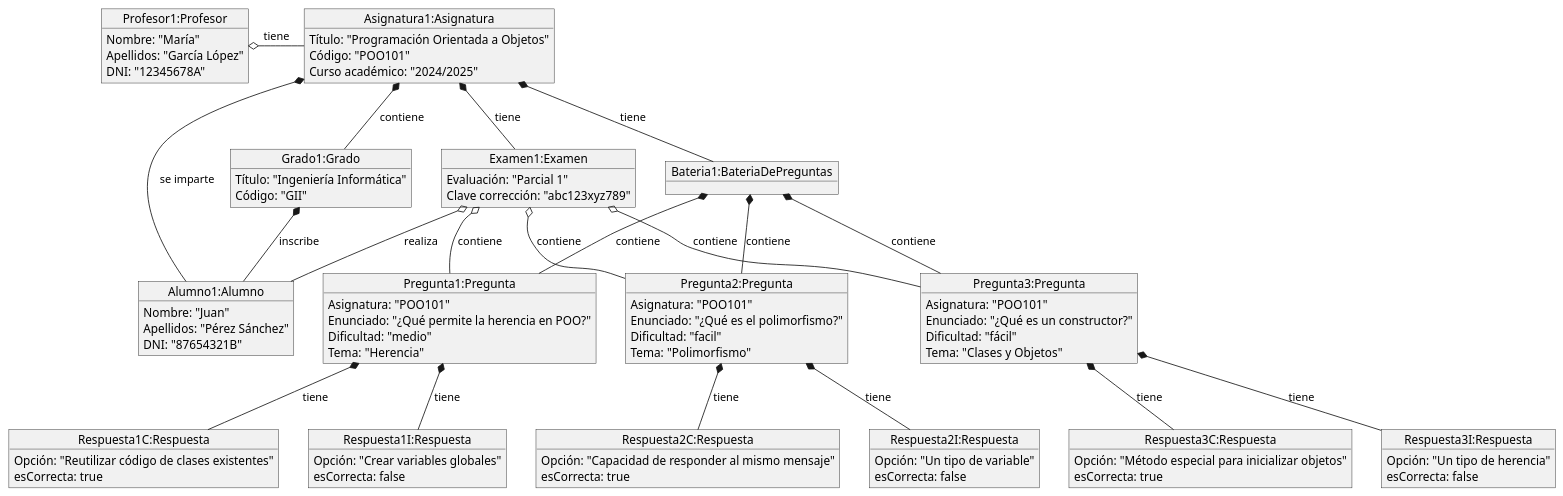
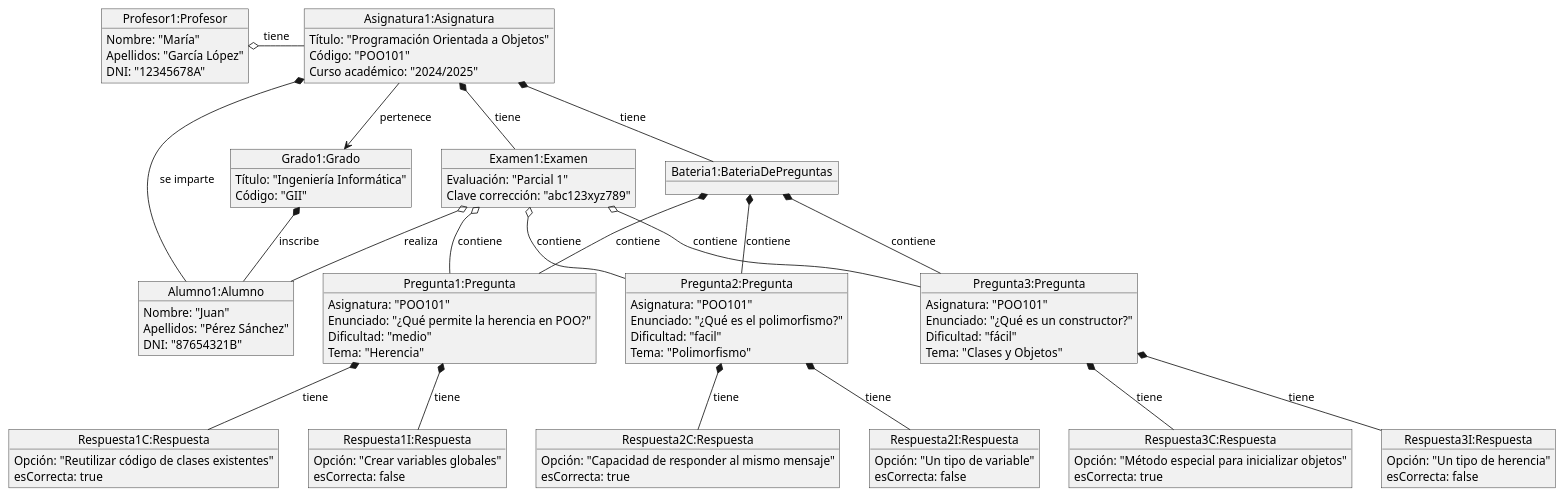
One commit to martinlopez7/25-26-IdSw1-SdR changed the diagram in documents/modelos/diagramas/diagramaObjetos/diagramaObjetosCompleto.puml. Above: the diagram before and after it, drawn with PlantUML. The commit also changed 3 other files, not shown here.

```diff
--- a/documents/modelos/diagramas/diagramaObjetos/diagramaObjetosCompleto.puml
+++ b/documents/modelos/diagramas/diagramaObjetos/diagramaObjetosCompleto.puml
@@ -1,126 +1,126 @@
 @startuml
 
 top to bottom direction
 
 object "Profesor1:Profesor" as prof1 {
   Nombre: "María"
   Apellidos: "García López"
   DNI: "12345678A"
 }
 
 object "Asignatura1:Asignatura" as asig1 {
   Título: "Programación Orientada a Objetos"
   Código: "POO101"
   Curso académico: "2024/2025"
 }
 
 object "Grado1:Grado" as grado1 {
   Título: "Ingeniería Informática"
   Código: "GII"
 }
 
 object "Examen1:Examen" as exam1 {
   Evaluación: "Parcial 1"
   Clave corrección: "abc123xyz789"
 }
 
 object "Bateria1:BateriaDePreguntas" as bateria1 {
 }
 
 object "Alumno1:Alumno" as alum1 {
   Nombre: "Juan"
   Apellidos: "Pérez Sánchez"
   DNI: "87654321B"
 }
 
 object "Pregunta1:Pregunta" as preg1 {
   Asignatura: "POO101"
   Enunciado: "¿Qué permite la herencia en POO?"
   Dificultad: "medio"
   Tema: "Herencia"
 }
 
 object "Pregunta2:Pregunta" as preg2 {
   Asignatura: "POO101"
   Enunciado: "¿Qué es el polimorfismo?"
   Dificultad: "facil"
   Tema: "Polimorfismo"
 }
 
 object "Pregunta3:Pregunta" as preg3 {
   Asignatura: "POO101"
   Enunciado: "¿Qué es un constructor?"
   Dificultad: "fácil"
   Tema: "Clases y Objetos"
 }
 
 object "Respuesta1C:Respuesta" as resp1C {
   Opción: "Reutilizar código de clases existentes"
   esCorrecta: true
 }
 object "Respuesta1I:Respuesta" as resp1I {
   Opción: "Crear variables globales"
   esCorrecta: false
 }
 object "Respuesta2C:Respuesta" as resp2C {
   Opción: "Capacidad de responder al mismo mensaje"
   esCorrecta: true
 }
 object "Respuesta2I:Respuesta" as resp2I {
   Opción: "Un tipo de variable"
   esCorrecta: false
 }
 object "Respuesta3C:Respuesta" as resp3C {
   Opción: "Método especial para inicializar objetos"
   esCorrecta: true
 }
 object "Respuesta3I:Respuesta" as resp3I {
   Opción: "Un tipo de herencia"
   esCorrecta: false
 }
 
 asig1 *-- exam1 : tiene
-asig1 *-- grado1 : contiene
+asig1 --> grado1 : pertenece
 asig1 *-- bateria1 : tiene
 asig1 *-- alum1 : se imparte
 
 grado1 *-- alum1 : inscribe
 
 bateria1 *-- preg1 : contiene
 bateria1 *-- preg2 : contiene
 bateria1 *-- preg3 : contiene
 
 preg1 *-- resp1C : tiene
 preg1 *-- resp1I : tiene
 
 preg2 *-- resp2C : tiene
 preg2 *-- resp2I : tiene
 
 preg3 *-- resp3C : tiene
 preg3 *-- resp3I : tiene
 
 
 prof1 o-- asig1 : tiene
 exam1 o-- alum1 : realiza
 exam1 o-- preg1 : contiene
 exam1 o-- preg2 : contiene
 exam1 o-- preg3 : contiene
 
 
 prof1 -[hidden]right-> asig1
 
 grado1 -[hidden]right-> exam1
 exam1 -[hidden]right-> bateria1
 
 preg1 -[hidden]right-> preg2
 preg2 -[hidden]right-> preg3
 alum1 -[hidden]right-> preg2
 
 preg1 -[hidden]down-> resp1C
 preg2 -[hidden]down-> resp2C
 preg3 -[hidden]down-> resp3C
 resp1C -[hidden]right-> resp1I
 resp2C -[hidden]right-> resp2I
 resp3C -[hidden]right-> resp3I
 
 @enduml
```
